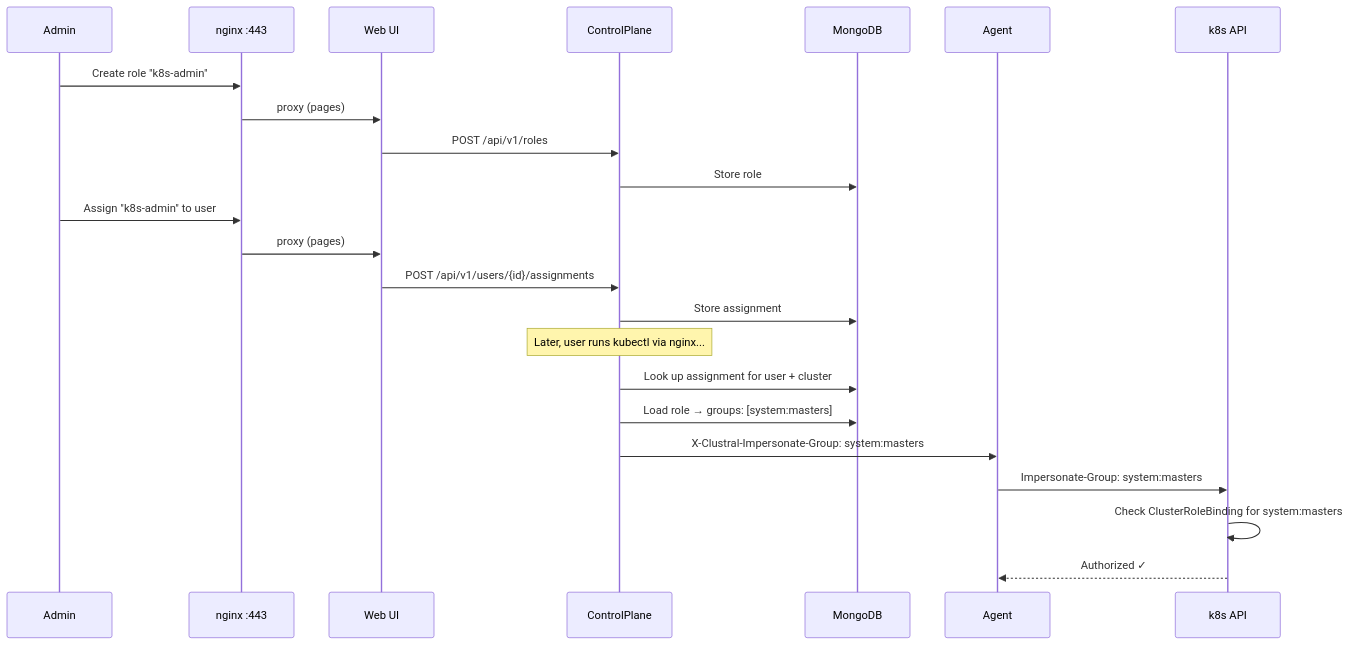
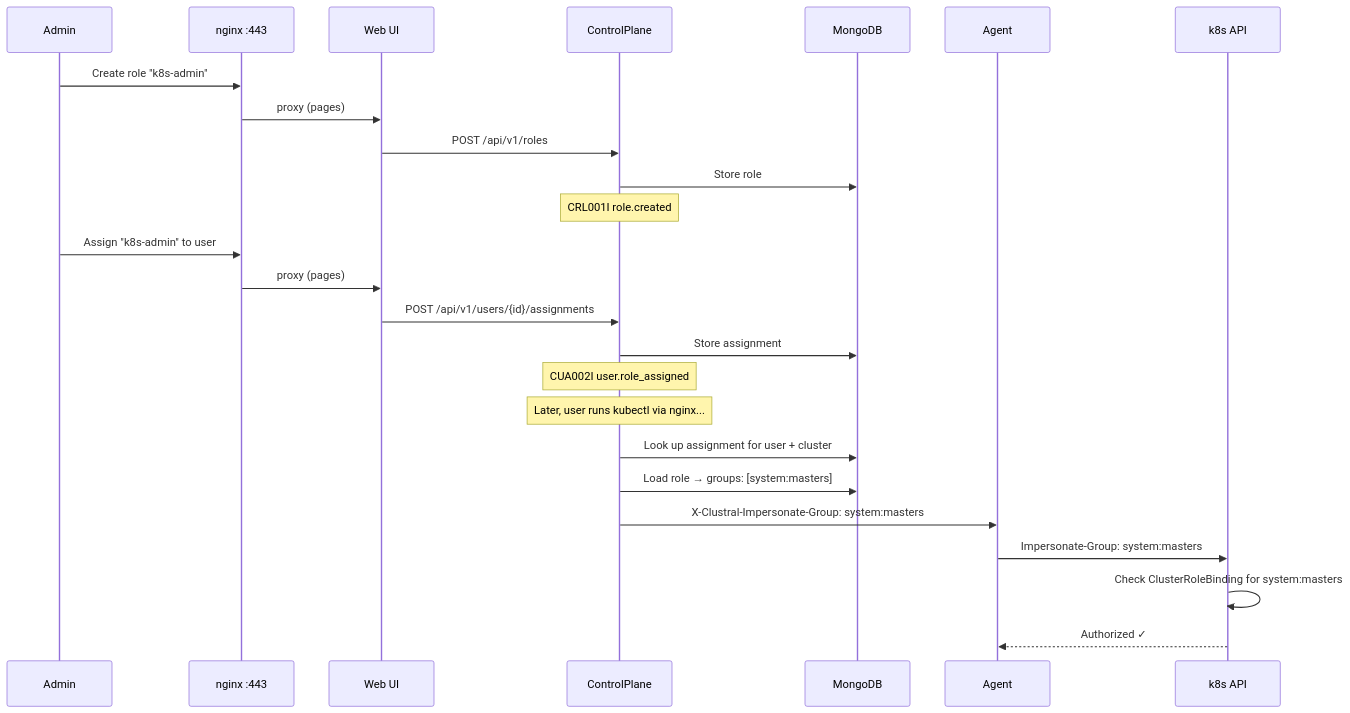
The fifth of 18 diagrams in README.md (Clustral/clustral), drawn with Mermaid before and after one commit. The commit also changed other lines of this file, not shown here.

First line of the commit message:
docs: add audit logging section + update diagrams with event codes

````diff
--- a/README.md
+++ b/README.md
@@ -159,29 +170,31 @@
 ```mermaid
 sequenceDiagram
     participant Admin
     participant NGX as nginx :443
     participant WebUI as Web UI
     participant CP as ControlPlane
     participant DB as MongoDB
     participant Agent
     participant K8S as k8s API
 
     Admin->>NGX: Create role "k8s-admin"
     NGX->>WebUI: proxy (pages)
     WebUI->>CP: POST /api/v1/roles
     CP->>DB: Store role
+    Note over CP: CRL001I role.created
 
     Admin->>NGX: Assign "k8s-admin" to user
     NGX->>WebUI: proxy (pages)
     WebUI->>CP: POST /api/v1/users/{id}/assignments
     CP->>DB: Store assignment
+    Note over CP: CUA002I user.role_assigned
 
     Note over CP: Later, user runs kubectl via nginx...
 
     CP->>DB: Look up assignment for user + cluster
     CP->>DB: Load role → groups: [system:masters]
     CP->>Agent: X-Clustral-Impersonate-Group: system:masters
     Agent->>K8S: Impersonate-Group: system:masters
     K8S->>K8S: Check ClusterRoleBinding for system:masters
     K8S-->>Agent: Authorized ✓
 ```
````
